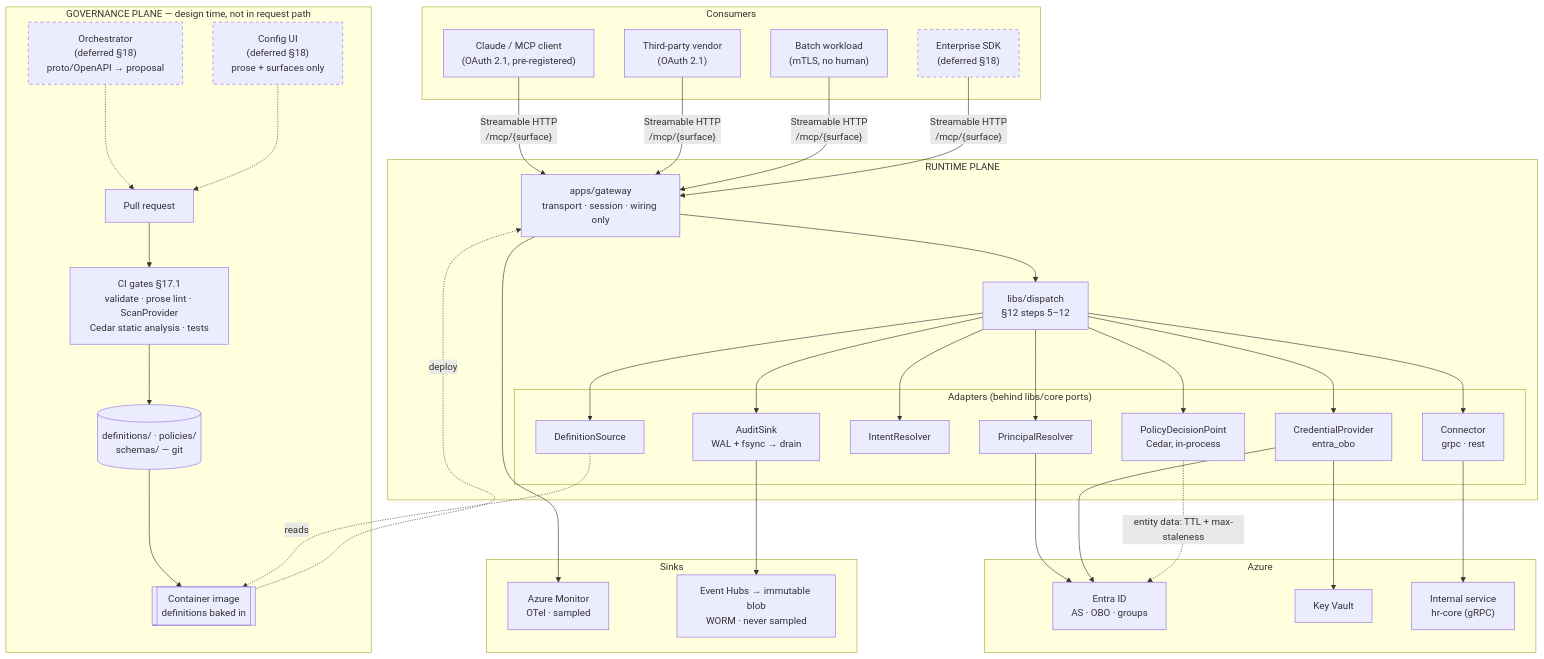
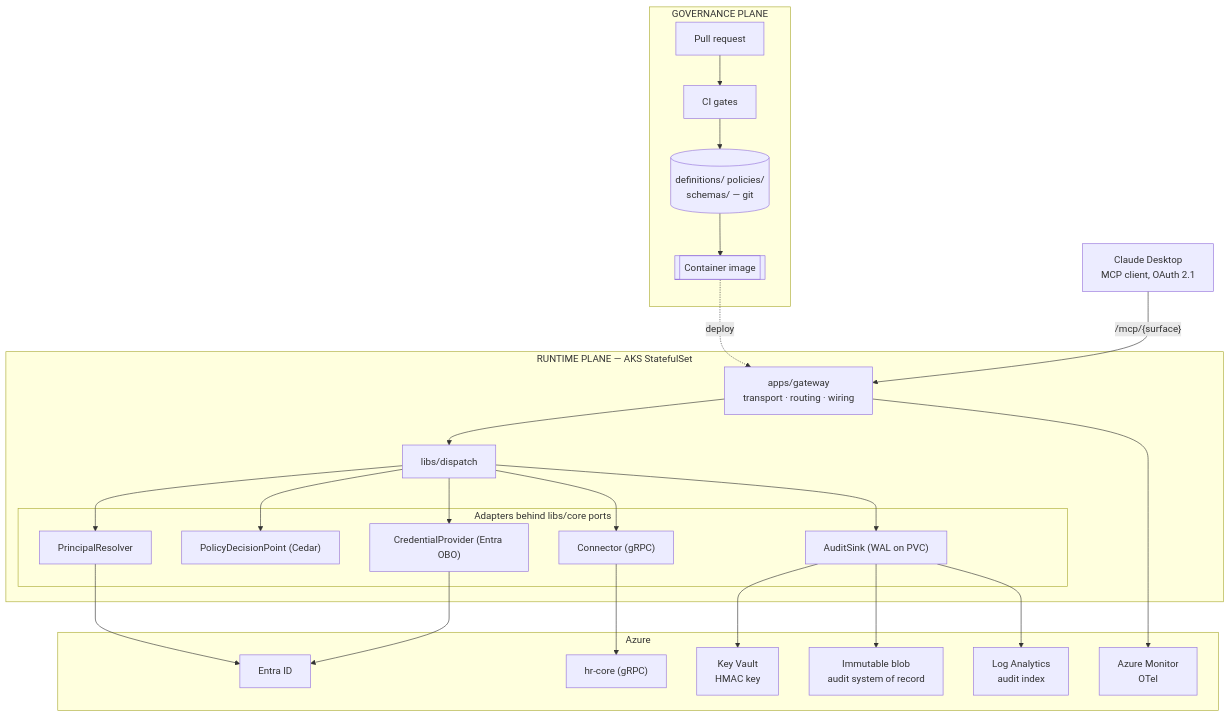
The diagram in docs/superpowers/specs/2026-09-04-mcp-gateway-design.md (rajatdua/exploration), drawn with Mermaid before and after one commit. The commit also changed other lines of this file and 1 other file, not shown here.

````diff
--- a/docs/superpowers/specs/2026-09-04-mcp-gateway-design.md
+++ b/docs/superpowers/specs/2026-09-04-mcp-gateway-design.md
@@ -90,63 +73,41 @@
 ```mermaid
 flowchart TB
-    subgraph consumers["Consumers"]
-        claude["Claude / MCP client<br/>(OAuth 2.1, pre-registered)"]
-        vendor["Third-party vendor<br/>(OAuth 2.1)"]
-        wl["Batch workload<br/>(mTLS, no human)"]
-        sdk["Enterprise SDK<br/>(deferred §18)"]
+    client["Claude Desktop<br/>MCP client, OAuth 2.1"]
+
+    subgraph gov["GOVERNANCE PLANE"]
+        pr["Pull request"] --> ci["CI gates"] --> repo[("definitions/ policies/<br/>schemas/ — git")] --> img[["Container image"]]
     end
 
-    subgraph gov["GOVERNANCE PLANE — design time, not in request path"]
-        orch["Orchestrator<br/>(deferred §18)<br/>proto/OpenAPI → proposal"]
-        ui["Config UI<br/>(deferred §18)<br/>prose + surfaces only"]
-        pr["Pull request"]
-        ci["CI gates §17.1<br/>validate · prose lint · ScanProvider<br/>Cedar static analysis · tests"]
-        repo[("definitions/ · policies/<br/>schemas/ — git")]
-        img[["Container image<br/>definitions baked in"]]
-    end
-
-    subgraph rt["RUNTIME PLANE"]
-        app["apps/gateway<br/>transport · session · wiring only"]
-        disp["libs/dispatch<br/>§12 steps 5–12"]
-
-        subgraph adapters["Adapters (behind libs/core ports)"]
-            defsrc["DefinitionSource"]
+    subgraph rt["RUNTIME PLANE — AKS StatefulSet"]
+        app["apps/gateway<br/>transport · routing · wiring"]
+        disp["libs/dispatch"]
+        subgraph ports["Adapters behind libs/core ports"]
             pres["PrincipalResolver"]
-            ires["IntentResolver"]
-            pdp["PolicyDecisionPoint<br/>Cedar, in-process"]
-            cred["CredentialProvider<br/>entra_obo"]
-            conn["Connector<br/>grpc · rest"]
-            audit["AuditSink<br/>WAL + fsync → drain"]
+            pdp["PolicyDecisionPoint (Cedar)"]
+            cred["CredentialProvider (Entra OBO)"]
+            conn["Connector (gRPC)"]
+            audit["AuditSink (WAL on PVC)"]
         end
     end
 
     subgraph azure["Azure"]
-        entra["Entra ID<br/>AS · OBO · groups"]
-        kv["Key Vault"]
-        hr["Internal service<br/>hr-core (gRPC)"]
+        entra["Entra ID"]
+        kv["Key Vault<br/>HMAC key"]
+        hr["hr-core (gRPC)"]
+        blob["Immutable blob<br/>audit system of record"]
+        la["Log Analytics<br/>audit index"]
+        mon["Azure Monitor<br/>OTel"]
     end
 
-    subgraph sinks["Sinks"]
-        otel["Azure Monitor<br/>OTel · sampled"]
-        eh["Event Hubs → immutable blob<br/>WORM · never sampled"]
-    end
-
-    claude & vendor & wl & sdk -->|"Streamable HTTP<br/>/mcp/{surface}"| app
-    orch -.-> pr
-    ui -.-> pr
-    pr --> ci --> repo --> img -.->|deploy| app
-
+    client -->|"/mcp/{surface}"| app
+    img -.->|deploy| app
     app --> disp
-    disp --> defsrc & pres & ires & pdp & cred & conn & audit
-    defsrc -.reads.-> img
+    disp --> pres & pdp & cred & conn & audit
     pres --> entra
     cred --> entra
-    cred --> kv
     conn --> hr
-    pdp -. "entity data: TTL + max-staleness" .-> entra
-    audit --> eh
-    app --> otel
-
-    classDef deferred stroke-dasharray: 5 5
-    class orch,ui,sdk deferred
+    audit --> kv
+    audit --> blob
+    audit --> la
+    app --> mon
 ```
````
